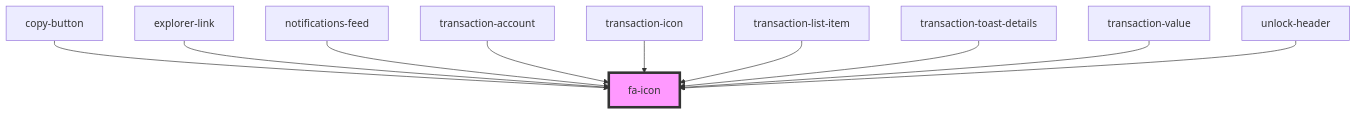
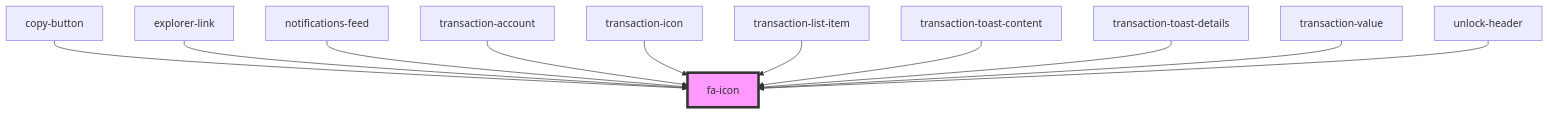
The diagram in src/components/visual/fa-icon/readme.md (multiversx/mx-sdk-dapp-ui), drawn with Mermaid before and after one commit. The commit also changed other lines of this file and 29 other files, not shown here.

````diff
--- a/src/components/visual/fa-icon/readme.md
+++ b/src/components/visual/fa-icon/readme.md
@@ -30,13 +31,14 @@
 ```mermaid
 graph TD;
   copy-button --> fa-icon
   explorer-link --> fa-icon
   notifications-feed --> fa-icon
   transaction-account --> fa-icon
   transaction-icon --> fa-icon
   transaction-list-item --> fa-icon
+  transaction-toast-content --> fa-icon
   transaction-toast-details --> fa-icon
   transaction-value --> fa-icon
   unlock-header --> fa-icon
   style fa-icon fill:#f9f,stroke:#333,stroke-width:4px
 ```
````
